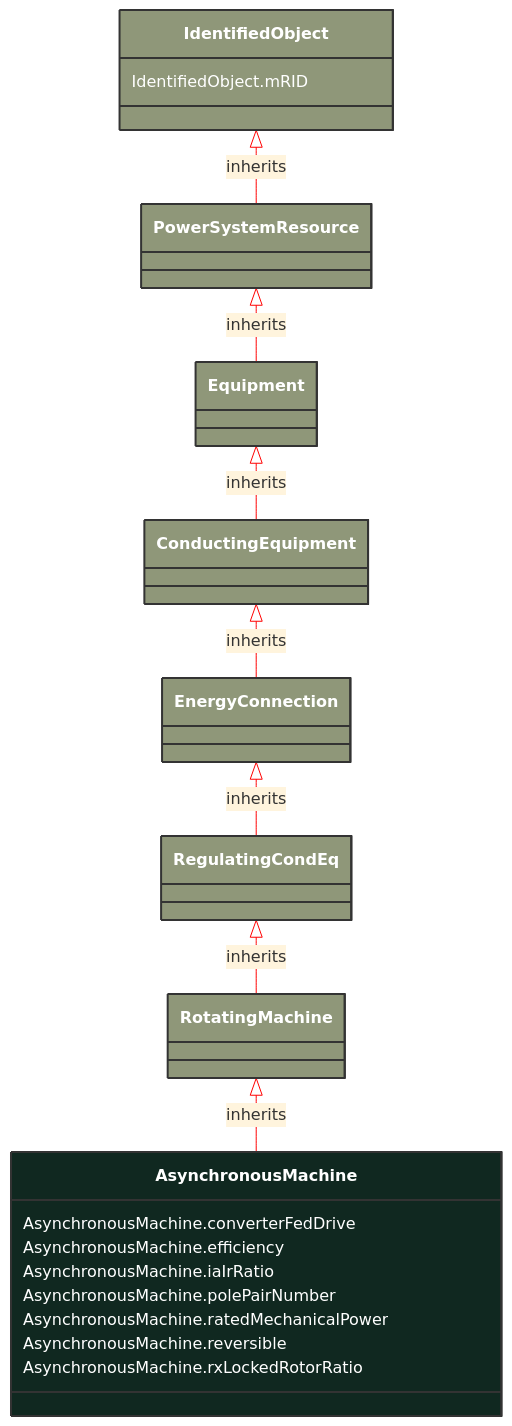
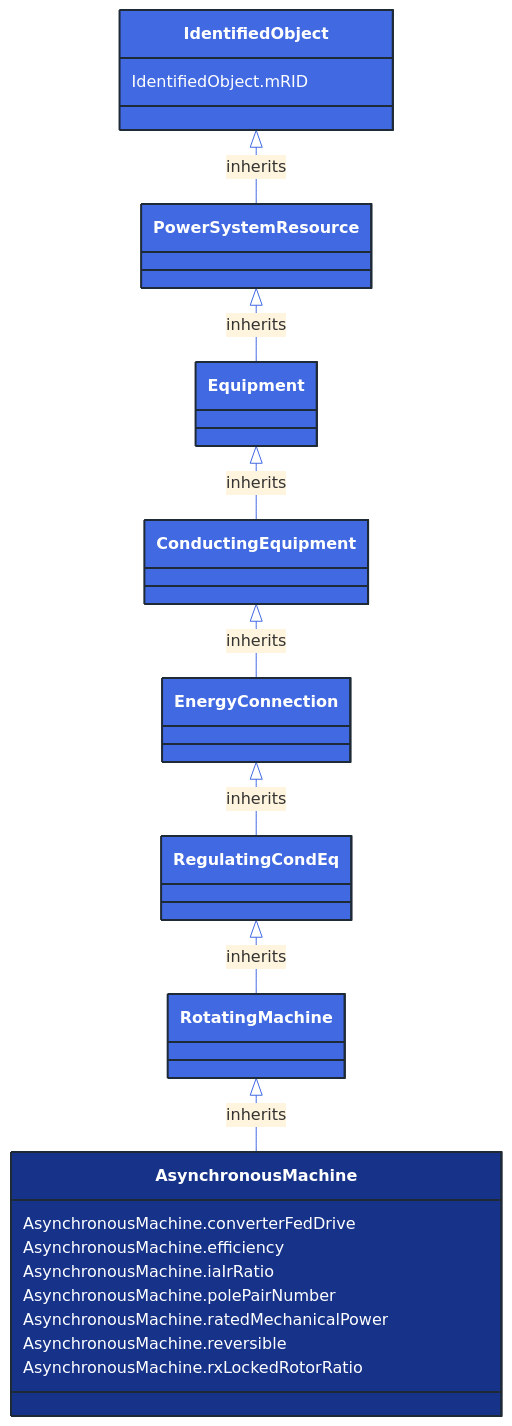
The diagram in docs/Models/Profiles/ShortCircuit/ConcreteClasses/AsynchronousMachine.md (3lbits/NoCIMExtensions), drawn with Mermaid before and after one commit. The commit also changed 362 other files, not shown here.

First line of the commit message:
Update diagrams and styles for improved visual consistency

````diff
--- a/docs/Models/Profiles/ShortCircuit/ConcreteClasses/AsynchronousMachine.md
+++ b/docs/Models/Profiles/ShortCircuit/ConcreteClasses/AsynchronousMachine.md
@@ -8,46 +8,46 @@
 ```mermaid
-%%{init: {'theme':'base','themeVariables': {'lineColor': '#FF0000'}}}%%
+%%{init: {'theme':'base','themeVariables': {'lineColor': '#4169E1'}}}%%
 classDiagram
     class AsynchronousMachine
     click AsynchronousMachine href "/Models/Profiles/ShortCircuit/ConcreteClasses/AsynchronousMachine/"
-    style AsynchronousMachine fill:#102820,stroke:#333,stroke-width:2px,rx:10,ry:10,color:white
+    style AsynchronousMachine fill:#163289,stroke:#1F2A37,stroke-width:2px,rx:10,ry:10,color:white
      
         RotatingMachine <|-- AsynchronousMachine : inherits
             click RotatingMachine href "/Models/Profiles/ShortCircuit/AbstractClasses/RotatingMachine/"
-            style RotatingMachine fill:#8F9779,stroke:#333,stroke-width:2px,rx:10,ry:10,color:white
+            style RotatingMachine fill:#4169E1,stroke:#1F2A37,stroke-width:2px,rx:10,ry:10,color:white
      
         RegulatingCondEq <|-- RotatingMachine : inherits
             click RegulatingCondEq href "/Models/Profiles/ShortCircuit/AbstractClasses/RegulatingCondEq/"
-            style RegulatingCondEq fill:#8F9779,stroke:#333,stroke-width:2px,rx:10,ry:10,color:white
+            style RegulatingCondEq fill:#4169E1,stroke:#1F2A37,stroke-width:2px,rx:10,ry:10,color:white
      
         EnergyConnection <|-- RegulatingCondEq : inherits
             click EnergyConnection href "/Models/Profiles/ShortCircuit/AbstractClasses/EnergyConnection/"
-            style EnergyConnection fill:#8F9779,stroke:#333,stroke-width:2px,rx:10,ry:10,color:white
+            style EnergyConnection fill:#4169E1,stroke:#1F2A37,stroke-width:2px,rx:10,ry:10,color:white
      
         ConductingEquipment <|-- EnergyConnection : inherits
             click ConductingEquipment href "/Models/Profiles/ShortCircuit/AbstractClasses/ConductingEquipment/"
-            style ConductingEquipment fill:#8F9779,stroke:#333,stroke-width:2px,rx:10,ry:10,color:white
+            style ConductingEquipment fill:#4169E1,stroke:#1F2A37,stroke-width:2px,rx:10,ry:10,color:white
      
         Equipment <|-- ConductingEquipment : inherits
             click Equipment href "/Models/Profiles/ShortCircuit/AbstractClasses/Equipment/"
-            style Equipment fill:#8F9779,stroke:#333,stroke-width:2px,rx:10,ry:10,color:white
+            style Equipment fill:#4169E1,stroke:#1F2A37,stroke-width:2px,rx:10,ry:10,color:white
      
         PowerSystemResource <|-- Equipment : inherits
             click PowerSystemResource href "/Models/Profiles/ShortCircuit/AbstractClasses/PowerSystemResource/"
-            style PowerSystemResource fill:#8F9779,stroke:#333,stroke-width:2px,rx:10,ry:10,color:white
+            style PowerSystemResource fill:#4169E1,stroke:#1F2A37,stroke-width:2px,rx:10,ry:10,color:white
      
         IdentifiedObject <|-- PowerSystemResource : inherits
             click IdentifiedObject href "/Models/Profiles/ShortCircuit/AbstractClasses/IdentifiedObject/"
-            style IdentifiedObject fill:#8F9779,stroke:#333,stroke-width:2px,rx:10,ry:10,color:white
+            style IdentifiedObject fill:#4169E1,stroke:#1F2A37,stroke-width:2px,rx:10,ry:10,color:white
 
 
 
         AsynchronousMachine : AsynchronousMachine.converterFedDrive
         AsynchronousMachine : AsynchronousMachine.efficiency
         AsynchronousMachine : AsynchronousMachine.iaIrRatio
         AsynchronousMachine : AsynchronousMachine.polePairNumber
         AsynchronousMachine : AsynchronousMachine.ratedMechanicalPower
         AsynchronousMachine : AsynchronousMachine.reversible
         AsynchronousMachine : AsynchronousMachine.rxLockedRotorRatio
         IdentifiedObject : IdentifiedObject.mRID
 ```
````
